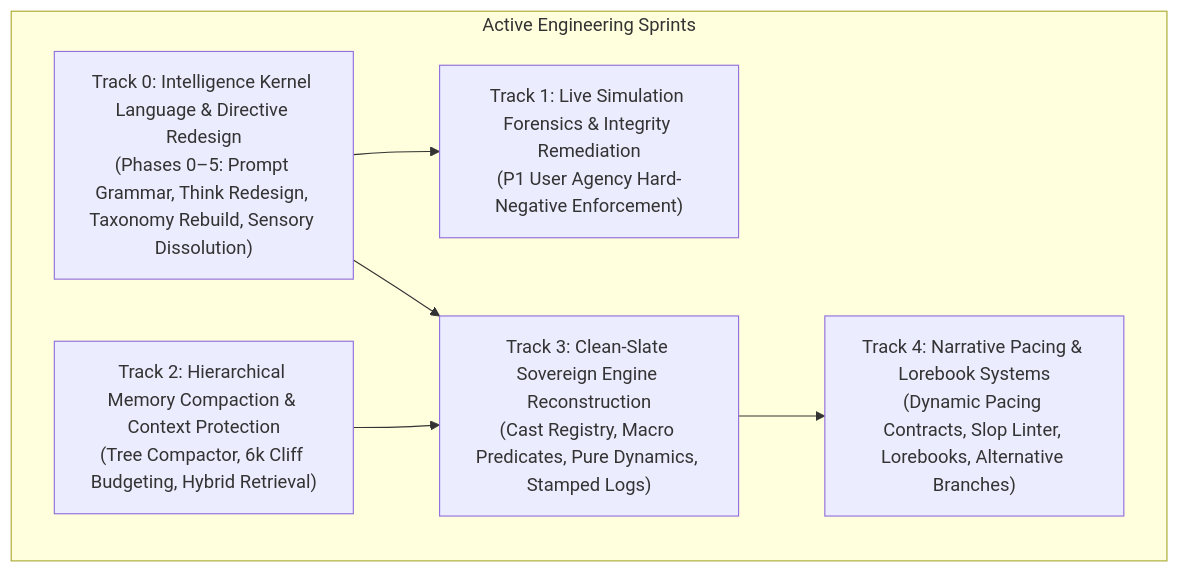
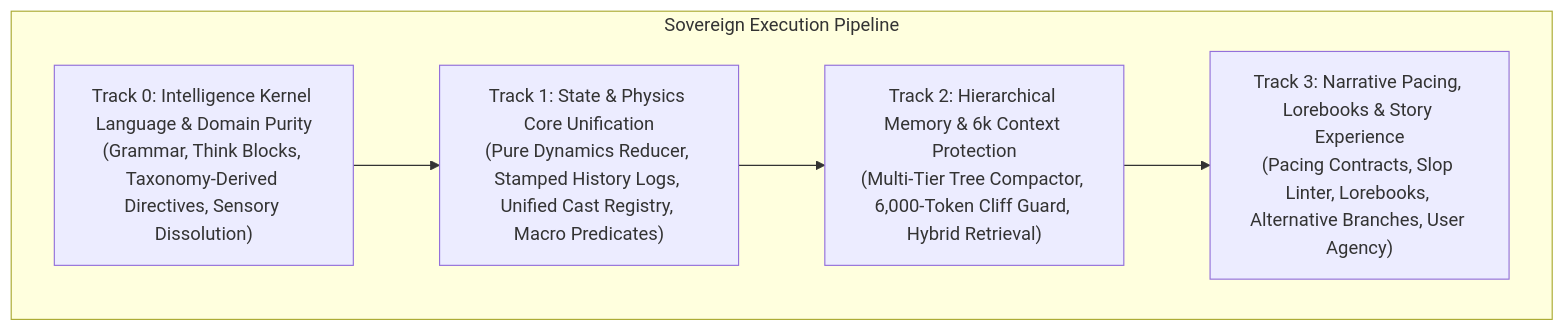
One commit to JooduG/RPGlitch changed the first of 4 diagrams in ROADMAP.md. Above: the diagram before and after it, drawn with Mermaid. The commit also changed other lines of this file and 25 other files, not shown here.

Commit message:
feat: add intelligence modules and associated unit tests for prompt generation and styling

````diff
--- a/ROADMAP.md
+++ b/ROADMAP.md
@@ -17,14 +17,12 @@
 ```mermaid
 flowchart TD
-    subgraph Sprints["Active Engineering Sprints"]
-        T0["Track 0: Intelligence Kernel Language & Directive Redesign<br>(Phases 0–5: Prompt Grammar, Think Redesign, Taxonomy Rebuild, Sensory Dissolution)"]
-        T1["Track 1: Live Simulation Forensics & Integrity Remediation<br>(P1 User Agency Hard-Negative Enforcement)"]
-        T2["Track 2: Hierarchical Memory Compaction & Context Protection<br>(Tree Compactor, 6k Cliff Budgeting, Hybrid Retrieval)"]
-        T3["Track 3: Clean-Slate Sovereign Engine Reconstruction<br>(Cast Registry, Macro Predicates, Pure Dynamics, Stamped Logs)"]
-        T4["Track 4: Narrative Pacing & Lorebook Systems<br>(Dynamic Pacing Contracts, Slop Linter, Lorebooks, Alternative Branches)"]
+    subgraph Execution["Sovereign Execution Pipeline"]
+        T0["Track 0: Intelligence Kernel Language & Domain Purity<br>(Grammar, Think Blocks, Taxonomy-Derived Directives, Sensory Dissolution)"]
+        T1["Track 1: State & Physics Core Unification<br>(Pure Dynamics Reducer, Stamped History Logs, Unified Cast Registry, Macro Predicates)"]
+        T2["Track 2: Hierarchical Memory & 6k Context Protection<br>(Multi-Tier Tree Compactor, 6,000-Token Cliff Guard, Hybrid Retrieval)"]
+        T3["Track 3: Narrative Pacing, Lorebooks & Story Experience<br>(Pacing Contracts, Slop Linter, Lorebooks, Alternative Branches, User Agency)"]
     end
     T0 --> T1
-    T0 --> T3
+    T1 --> T2
     T2 --> T3
-    T3 --> T4
 ```
````
